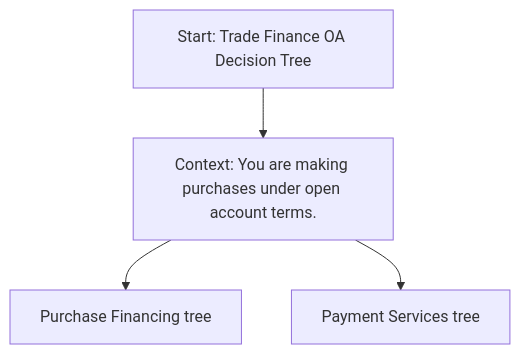
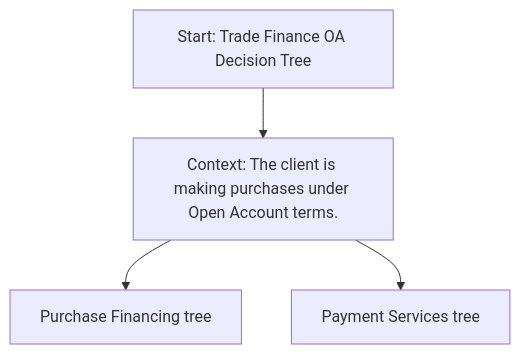
The diagram in tvc_decision_trees/oa_decision_trees/top_level_tree.md (sage-develop/why), drawn with Mermaid before and after one commit. The commit also changed other lines of this file and 1 other file, not shown here.

Commit message:
update oa

````diff
--- a/tvc_decision_trees/oa_decision_trees/top_level_tree.md
+++ b/tvc_decision_trees/oa_decision_trees/top_level_tree.md
@@ -11,9 +11,9 @@
 ```mermaid
 %% Trade Finance Open Account - High Level Decision Tree
 
 flowchart TD
 A[Start: Trade Finance OA Decision Tree]
-A --> B[Context: You are making purchases under open account terms.]
+A --> B[Context: The client is making purchases under Open Account terms.]
 B --> C[Purchase Financing tree]
 B --> E[Payment Services tree]
 ```
````
